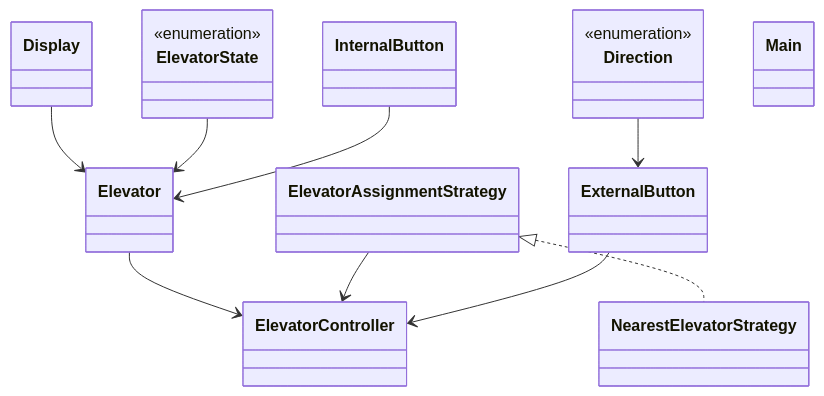
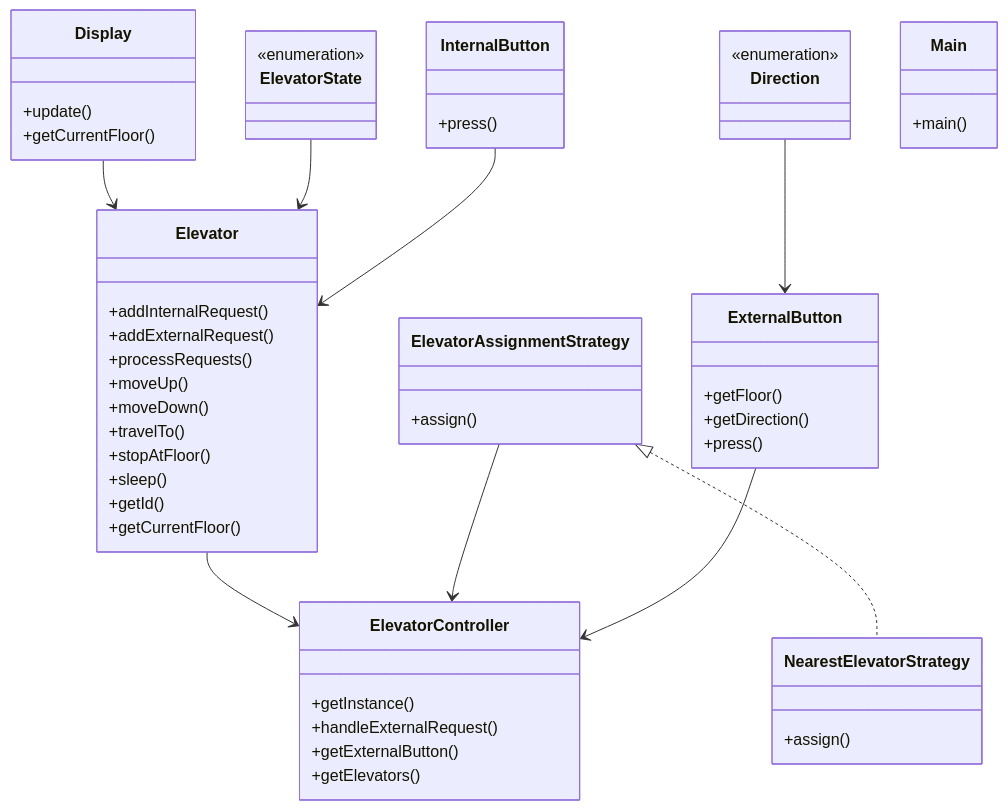
Before and after one commit to amanjaiswal30/dsa-solutions: the diagram in questions/low_level_design/16_elevator_system_lld.md, drawn with Mermaid. The commit also changed other lines of this file and 210 other files, not shown here.

````diff
--- a/questions/low_level_design/16_elevator_system_lld.md
+++ b/questions/low_level_design/16_elevator_system_lld.md
@@ -52,25 +52,56 @@
 ```mermaid
 classDiagram
     class Direction {
         <<enumeration>>
     }
-    class Display
-    class Elevator
-    class ElevatorAssignmentStrategy
-    class ElevatorController
+    class Display {
+        +update()
+        +getCurrentFloor()
+    }
+    class Elevator {
+        +addInternalRequest()
+        +addExternalRequest()
+        +processRequests()
+        +moveUp()
+        +moveDown()
+        +travelTo()
+        +stopAtFloor()
+        +sleep()
+        +getId()
+        +getCurrentFloor()
+    }
+    class ElevatorAssignmentStrategy {
+        +assign()
+    }
+    class ElevatorController {
+        +getInstance()
+        +handleExternalRequest()
+        +getExternalButton()
+        +getElevators()
+    }
     class ElevatorState {
         <<enumeration>>
     }
-    class ExternalButton
-    class InternalButton
-    class Main
-    class NearestElevatorStrategy
+    class ExternalButton {
+        +getFloor()
+        +getDirection()
+        +press()
+    }
+    class InternalButton {
+        +press()
+    }
+    class Main {
+        +main()
+    }
+    class NearestElevatorStrategy {
+        +assign()
+    }
     ElevatorAssignmentStrategy <|.. NearestElevatorStrategy
     Display --> Elevator
     ElevatorState --> Elevator
     InternalButton --> Elevator
     Elevator --> ElevatorController
     ElevatorAssignmentStrategy --> ElevatorController
     ExternalButton --> ElevatorController
     Direction --> ExternalButton
 ```
````
